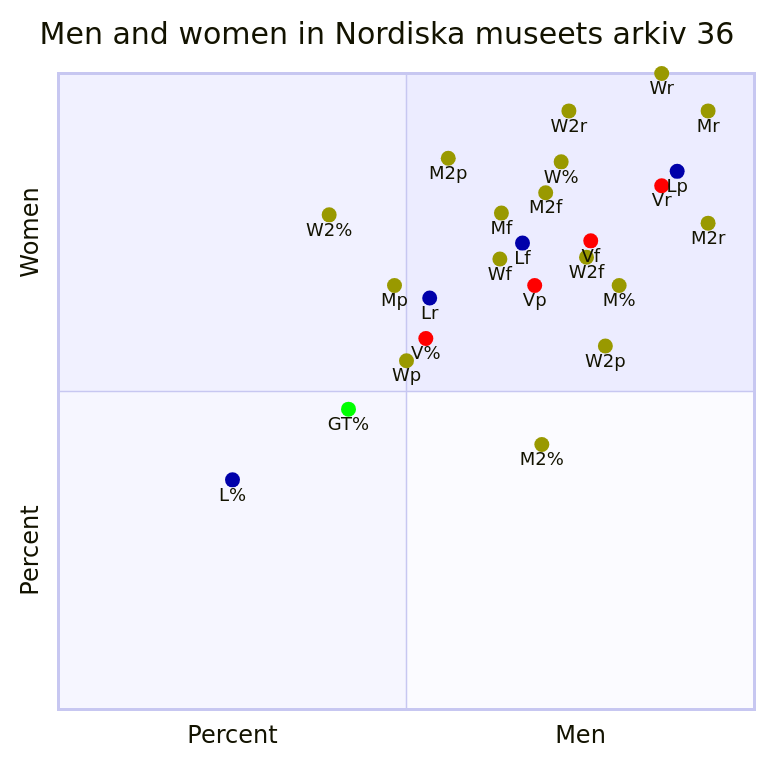
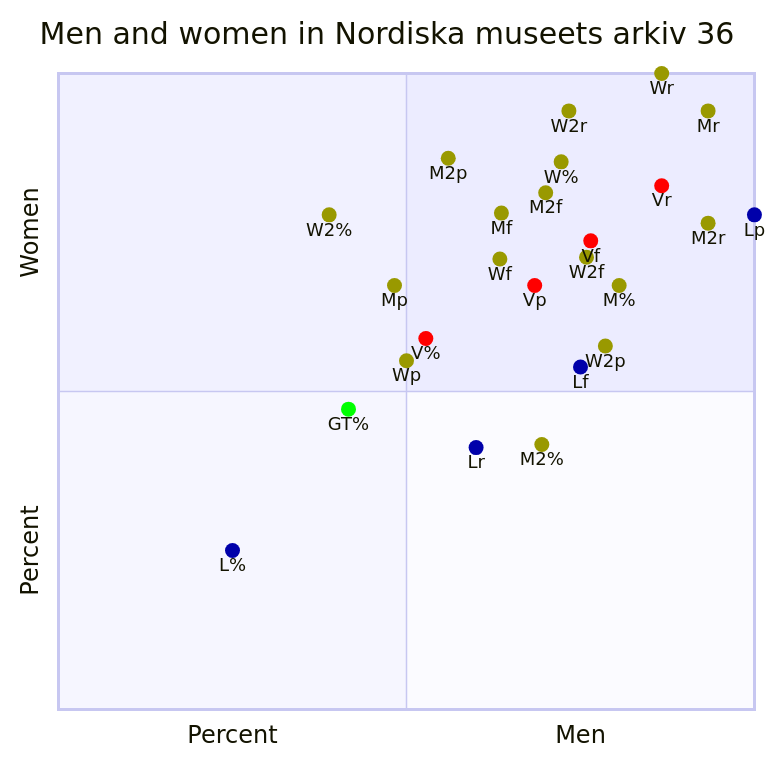
Diagram 11 of 11 in browser/scatter.md (Modern36/tropes_1500), drawn with Mermaid before and after one commit. The commit also changed other lines of this file and 318 other files, not shown here.

````diff
--- a/browser/scatter.md
+++ b/browser/scatter.md
@@ -375,32 +375,32 @@
 ```mermaid
 quadrantChart
     title Men and women in Nordiska museets arkiv 36
     x-axis Percent --> Men
     y-axis Percent --> Women
     M%: [0.8055555555555556, 0.6666666666666666] color: #999900
     M2%: [0.6944444444444444, 0.4166666666666667] color: #999900
     W%: [0.7222222222222222, 0.8611111111111112] color: #999900
     W2%: [0.3888888888888889, 0.7777777777777778] color: #999900
     GT%: [0.4166666666666667, 0.4722222222222222] color: #00FF00
     V%: [0.5277777777777778, 0.5833333333333334] color: #FF0000
-    L%: [0.25, 0.3611111111111111] color: #0000AA
-    Lf: [0.6666666666666667, 0.7333333333333334]  color: #0000AA
-    Lp: [0.8888888888888888, 0.8461538461538461]  color: #0000AA
-    Lr: [0.5333333333333333, 0.6470588235294118]  color: #0000AA
-    Vf: [0.7647058823529413, 0.7368421052631577]  color: #FF0000
+    L%: [0.25, 0.25] color: #0000AA
+    Lf: [0.75, 0.5384615384615384]  color: #0000AA
+    Lp: [0.9999, 0.7777777777777778]  color: #0000AA
+    Lr: [0.6, 0.4117647058823529]  color: #0000AA
+    Vf: [0.7647058823529411, 0.7368421052631579]  color: #FF0000
     Vp: [0.6842105263157895, 0.6666666666666666]  color: #FF0000
     Vr: [0.8666666666666667, 0.8235294117647058]  color: #FF0000
     W2f: [0.7586206896551724, 0.7111111111111111]  color: #999900
     W2p: [0.7857142857142857, 0.5714285714285714]  color: #999900
     W2r: [0.7333333333333333, 0.9411764705882353]  color: #999900
-    Wf: [0.6341463414634146, 0.7083333333333333]  color: #999900
+    Wf: [0.6341463414634146, 0.7083333333333334]  color: #999900
     Wp: [0.5, 0.5483870967741935]  color: #999900
     Wr: [0.8666666666666667, 0.9999]  color: #999900
-    M2f: [0.7000000000000001, 0.8125]  color: #999900
+    M2f: [0.7, 0.8125]  color: #999900
     M2p: [0.56, 0.8666666666666667]  color: #999900
     M2r: [0.9333333333333333, 0.7647058823529411]  color: #999900
-    Mf: [0.6363636363636364, 0.7804878048780487]  color: #999900
+    Mf: [0.6363636363636364, 0.7804878048780488]  color: #999900
     Mp: [0.4827586206896552, 0.6666666666666666]  color: #999900
     Mr: [0.9333333333333333, 0.9411764705882353]  color: #999900
 
 ```
````
